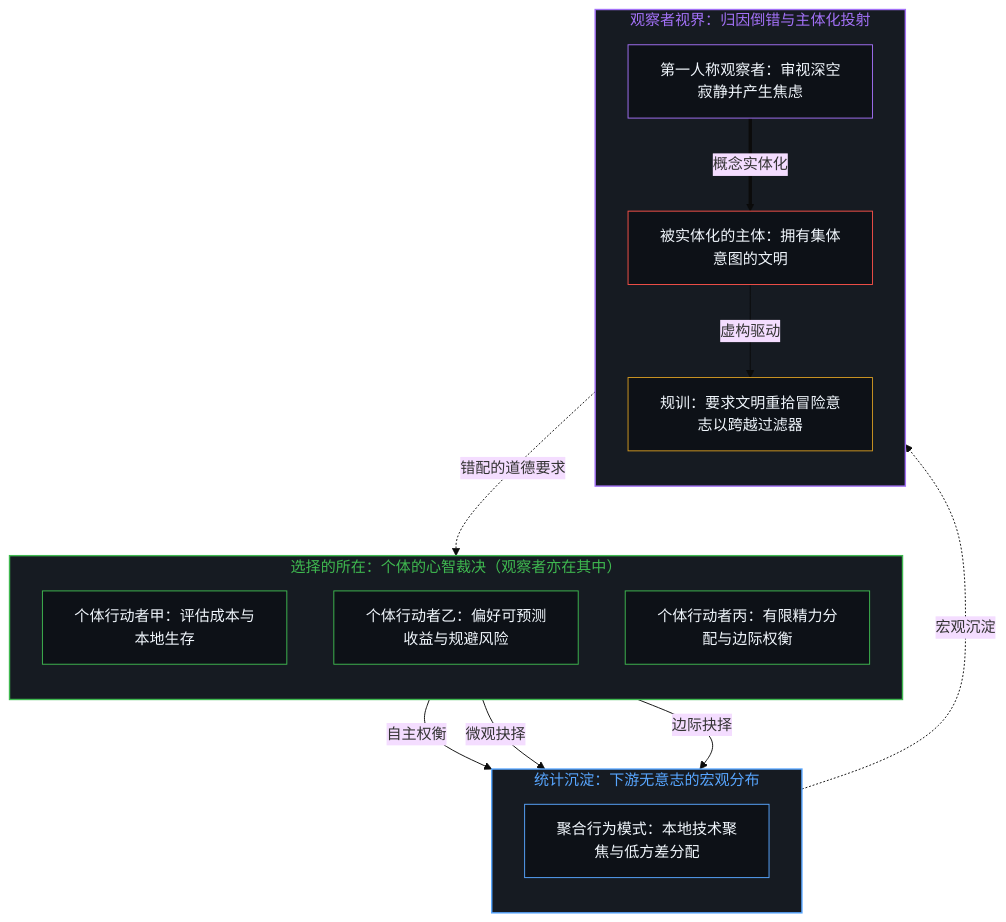
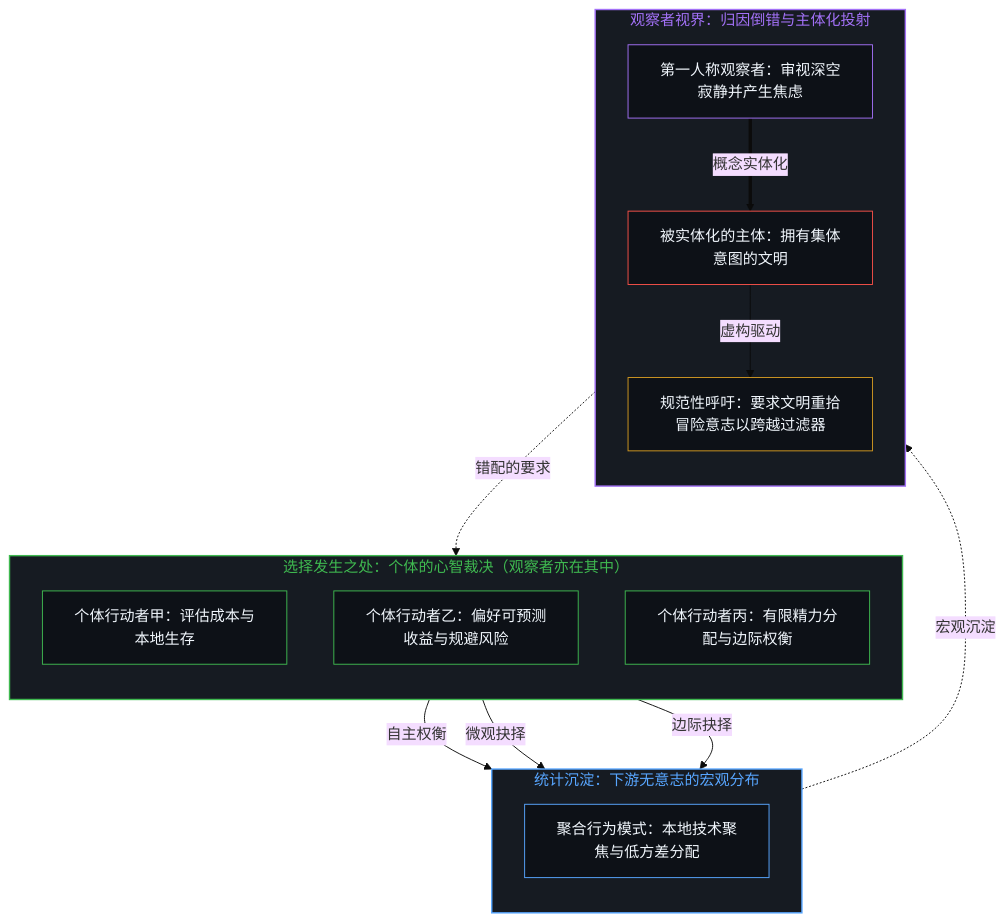
Before and after one commit to powerpig99/not-a-toe: the first of 6 diagrams in content/posts/the-fermi-paradox-reified-agency-and-the-great-filter.md, drawn with Mermaid (base theme). The commit also changed other lines of this file and 2 other files, not shown here.

````diff
--- a/content/posts/the-fermi-paradox-reified-agency-and-the-great-filter.md
+++ b/content/posts/the-fermi-paradox-reified-agency-and-the-great-filter.md
@@ -21,42 +21,36 @@
 ```mermaid
 flowchart TD
-    subgraph S_Micro ["选择的所在：个体的心智裁决（观察者亦在其中）"]
+    subgraph S_Micro ["选择发生之处：个体的心智裁决（观察者亦在其中）"]
         direction TB
         I1["个体行动者甲：评估成本与本地生存"]
         I2["个体行动者乙：偏好可预测收益与规避风险"]
         I3["个体行动者丙：有限精力分配与边际权衡"]
     end
-
     subgraph S_Macro ["统计沉淀：下游无意志的宏观分布"]
         direction TB
         AD["聚合行为模式：本地技术聚焦与低方差分配"]
     end
-
     subgraph S_Observer ["观察者视界：归因倒错与主体化投射"]
         direction TB
         OBS["第一人称观察者：审视深空寂静并产生焦虑"]
         GHOST["被实体化的主体：拥有集体意图的文明"]
-        REQ["规训：要求文明重拾冒险意志以跨越过滤器"]
+        REQ["规范性呼吁：要求文明重拾冒险意志以跨越过滤器"]
     end
-
     I1 -->|"自主权衡"| AD
     I2 -->|"微观抉择"| AD
     I3 -->|"边际抉择"| AD
-
     AD -.->|"宏观沉淀"| OBS
     OBS ==>|"概念实体化"| GHOST
     GHOST -->|"虚构驱动"| REQ
-    REQ -.->|"错配的道德要求"| S_Micro
-
+    REQ -.->|"错配的要求"| S_Micro
     style S_Micro fill:#161b22,stroke:#3fb950,stroke-width:1.5px,color:#3fb950
     style S_Macro fill:#161b22,stroke:#58a6ff,stroke-width:1.5px,color:#58a6ff
     style S_Observer fill:#161b22,stroke:#a371f7,stroke-width:1.5px,color:#a371f7
-
     style I1 fill:#0d1117,stroke:#3fb950,stroke-width:1px,color:#f0f6fc
     style I2 fill:#0d1117,stroke:#3fb950,stroke-width:1px,color:#f0f6fc
     style I3 fill:#0d1117,stroke:#3fb950,stroke-width:1px,color:#f0f6fc
     style AD fill:#0d1117,stroke:#58a6ff,stroke-width:1px,color:#f0f6fc
     style OBS fill:#0d1117,stroke:#a371f7,stroke-width:1px,color:#f0f6fc
     style GHOST fill:#0d1117,stroke:#f85149,stroke-width:1px,color:#f0f6fc
     style REQ fill:#0d1117,stroke:#d29922,stroke-width:1px,color:#f0f6fc
 ```
````
